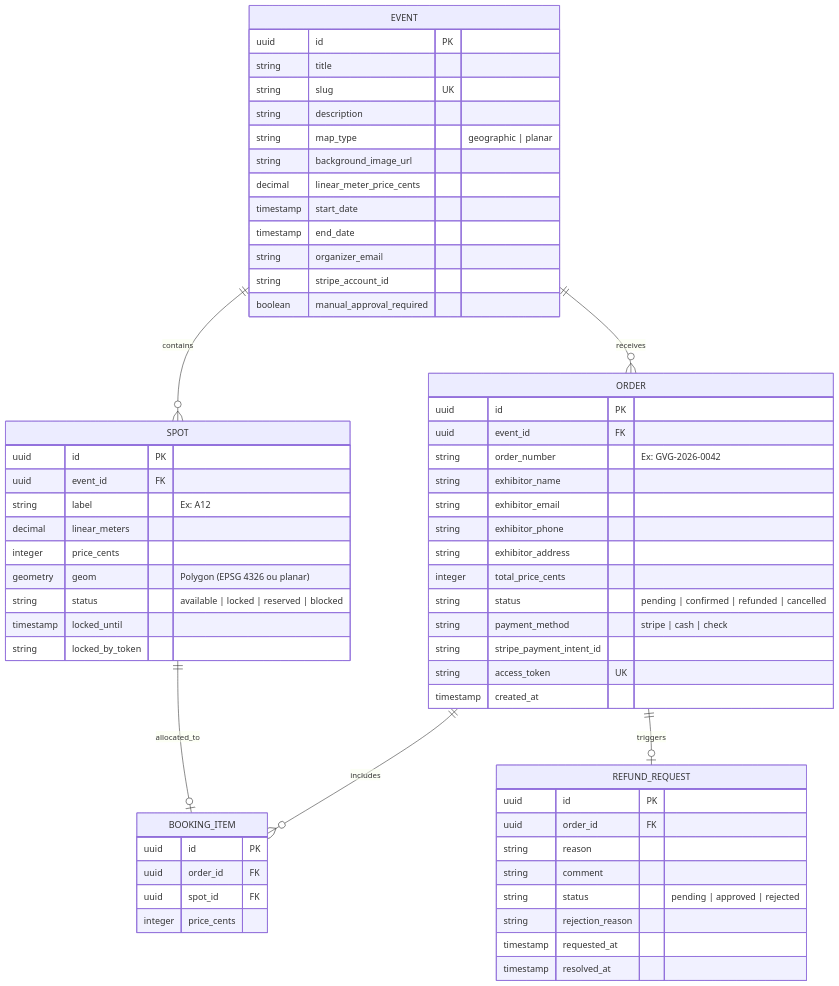
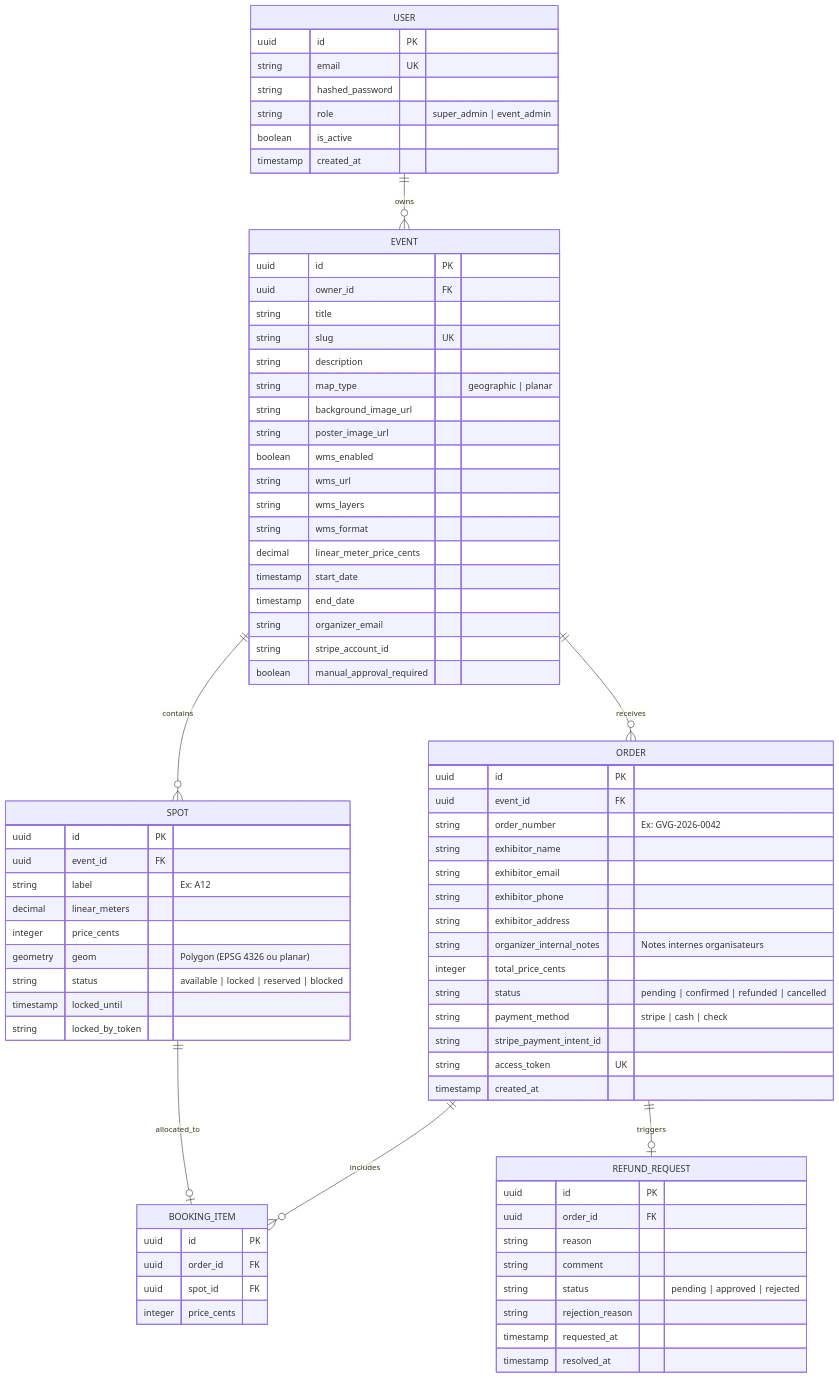
Before and after one commit to NiavlysLossam/gvg: the third of 3 diagrams in _bmad-output/planning-artifacts/architecture/architecture-gvg-2026-09-04/ARCHITECTURE-SPINE.md, drawn with Mermaid. The commit also changed other lines of this file and 20 other files, not shown here.

````diff
--- a/_bmad-output/planning-artifacts/architecture/architecture-gvg-2026-09-04/ARCHITECTURE-SPINE.md
+++ b/_bmad-output/planning-artifacts/architecture/architecture-gvg-2026-09-04/ARCHITECTURE-SPINE.md
@@ -176,18 +252,34 @@
 ```mermaid
 erDiagram
+    USER ||--o{ EVENT : owns
     EVENT ||--o{ SPOT : contains
     EVENT ||--o{ ORDER : receives
     ORDER ||--o{ BOOKING_ITEM : includes
     SPOT ||--o| BOOKING_ITEM : allocated_to
     ORDER ||--o| REFUND_REQUEST : triggers
 
+    USER {
+        uuid id PK
+        string email UK
+        string hashed_password
+        string role "super_admin | event_admin"
+        boolean is_active
+        timestamp created_at
+    }
+
     EVENT {
         uuid id PK
+        uuid owner_id FK
         string title
         string slug UK
         string description
         string map_type "geographic | planar"
         string background_image_url
+        string poster_image_url
+        boolean wms_enabled
+        string wms_url
+        string wms_layers
+        string wms_format
         decimal linear_meter_price_cents
         timestamp start_date
         timestamp end_date
@@ -216,6 +308,7 @@
         string exhibitor_email
         string exhibitor_phone
         string exhibitor_address
+        string organizer_internal_notes "Notes internes organisateurs"
         integer total_price_cents
         string status "pending | confirmed | refunded | cancelled"
         string payment_method "stripe | cash | check"
````
